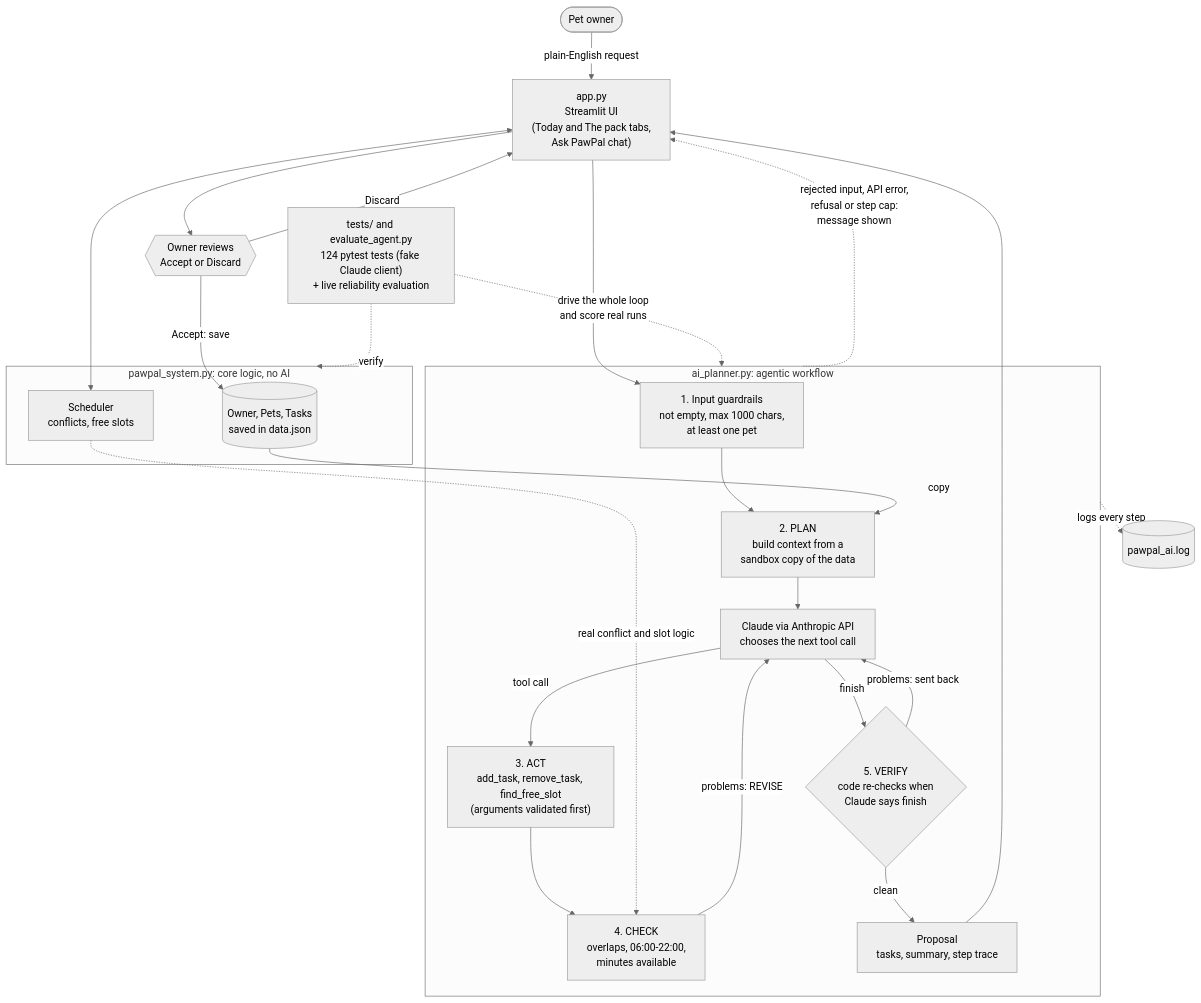
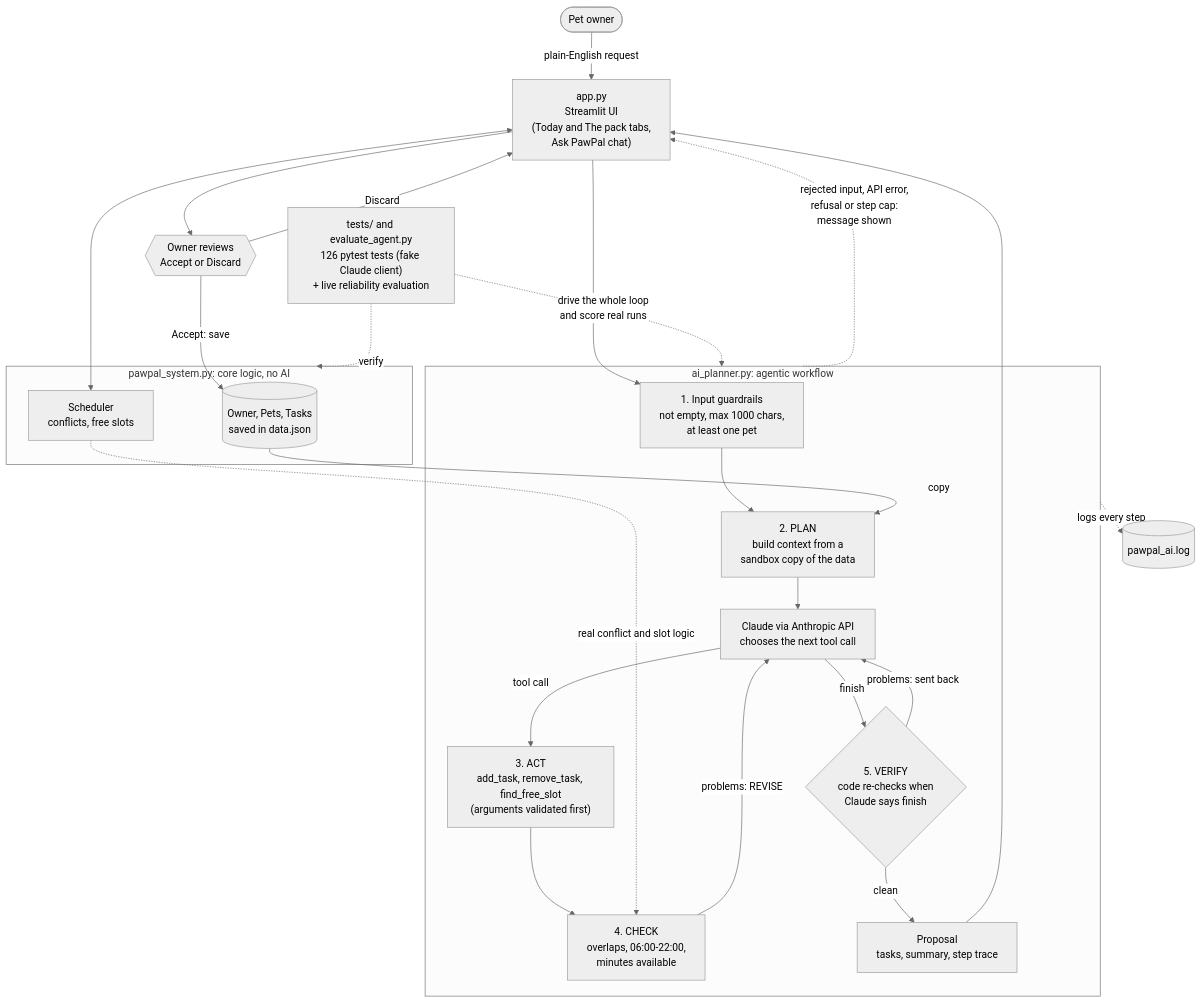
Before and after one commit to bior-m16/applied-ai-system-project: the diagram in diagrams/architecture.mmd, drawn with Mermaid (neutral theme). The commit also changed 5 other files, not shown here.

```diff
--- a/diagrams/architecture.mmd
+++ b/diagrams/architecture.mmd
@@ -1,53 +1,53 @@
 flowchart TD
     %% PawPal+ architecture with the AI planning agent.
     %% Solid arrows = data flow. Dotted arrows = checking, logging and testing.
     %% The hexagon is the human decision point.
 
     User([Pet owner])
     App["app.py<br/>Streamlit UI<br/>(Today and The pack tabs,<br/>Ask PawPal chat)"]
 
     subgraph Core["pawpal_system.py: core logic, no AI"]
         Owner[("Owner, Pets, Tasks<br/>saved in data.json")]
         Scheduler["Scheduler<br/>conflicts, free slots"]
     end
 
     subgraph Agent["ai_planner.py: agentic workflow"]
         Input["1. Input guardrails<br/>not empty, max 1000 chars,<br/>at least one pet"]
         Context["2. PLAN<br/>build context from a<br/>sandbox copy of the data"]
         Claude["Claude via Anthropic API<br/>chooses the next tool call"]
         Tools["3. ACT<br/>add_task, remove_task, find_free_slot<br/>(arguments validated first)"]
         Check["4. CHECK<br/>overlaps, 06:00-22:00,<br/>minutes available"]
         Verify{"5. VERIFY<br/>code re-checks when<br/>Claude says finish"}
         Proposal["Proposal<br/>tasks, summary, step trace"]
     end
 
     Human{{"Owner reviews<br/>Accept or Discard"}}
     Log[("pawpal_ai.log")]
-    Tests["tests/ and evaluate_agent.py<br/>124 pytest tests (fake Claude client)<br/>+ live reliability evaluation"]
+    Tests["tests/ and evaluate_agent.py<br/>126 pytest tests (fake Claude client)<br/>+ live reliability evaluation"]
 
     %% Input -> process -> output
     User -->|"plain-English request"| App
     App --> Input
     Input --> Context
     Owner -->|"copy"| Context
     Context --> Claude
     Claude -->|"tool call"| Tools
     Tools --> Check
     Check -->|"problems: REVISE"| Claude
     Claude -->|"finish"| Verify
     Verify -->|"problems: sent back"| Claude
     Verify -->|"clean"| Proposal
     Proposal --> App
     App --> Human
     Human -->|"Accept: save"| Owner
     Human -->|"Discard"| App
 
     %% Normal app use and error paths
     App <--> Scheduler
     Scheduler -.->|"real conflict and slot logic"| Check
     Agent -.->|"rejected input, API error,<br/>refusal or step cap:<br/>message shown"| App
 
     %% Logging and testing
     Agent -.->|"logs every step"| Log
     Tests -.->|"verify"| Core
     Tests -.->|"drive the whole loop<br/>and score real runs"| Agent
```
